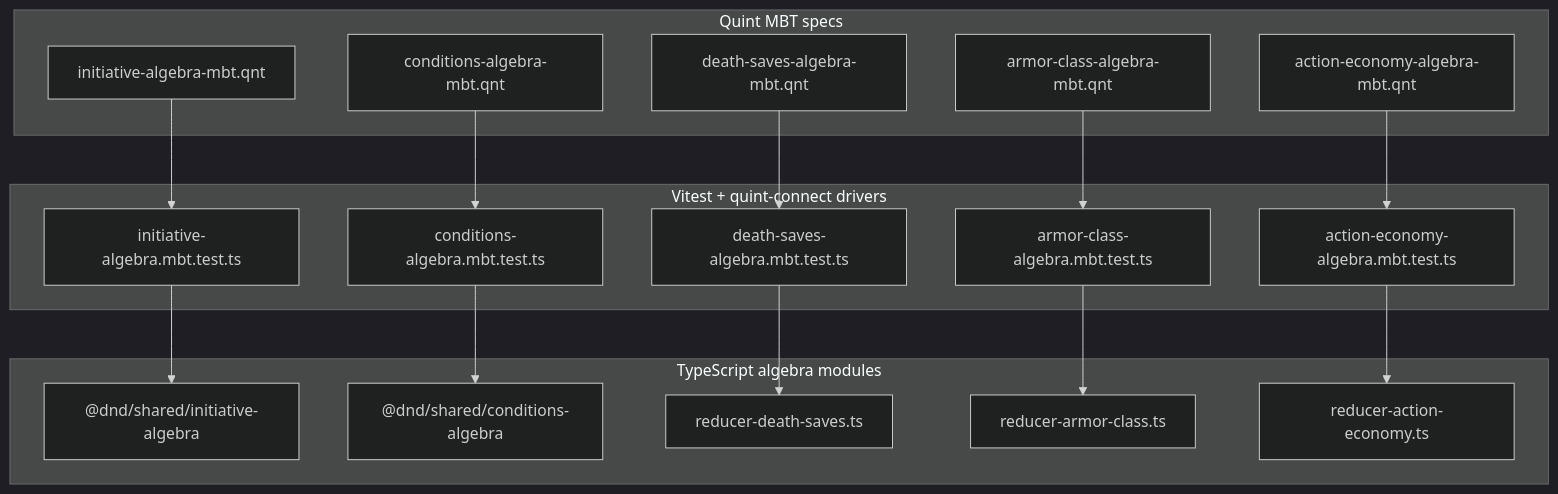
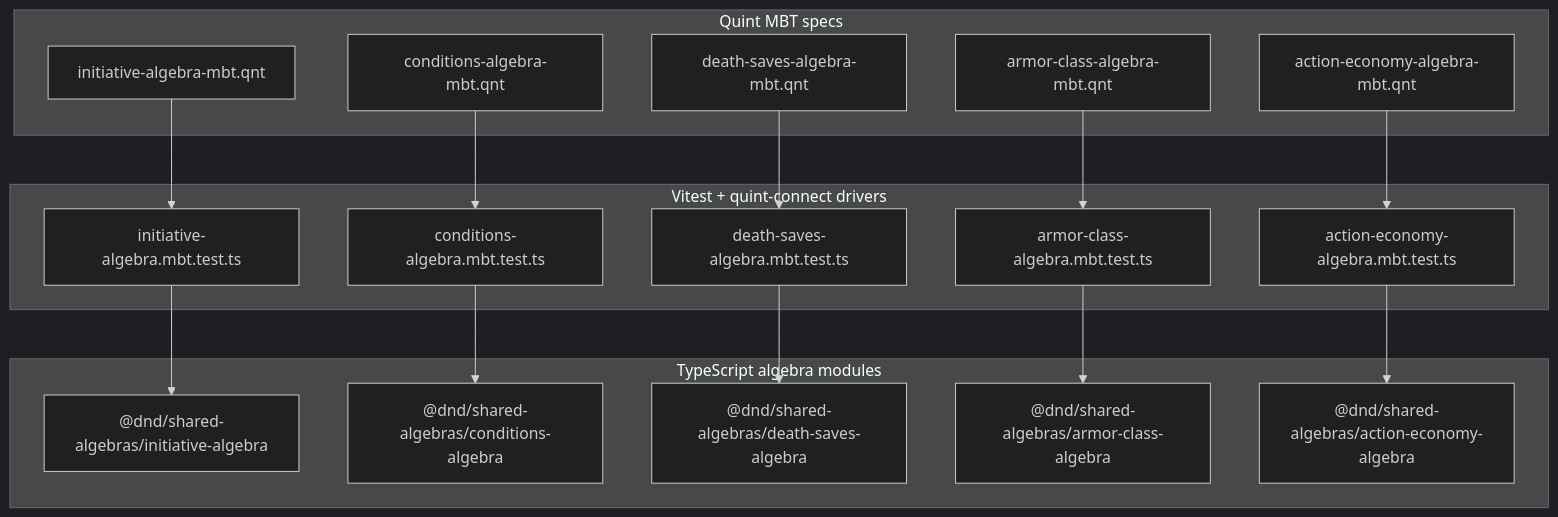
One commit to dearlordylord/5e-quint changed the first of 6 diagrams in packages/surface-runtime-correction/MBT_TO_REDUCER_GRAPH.md. Above: the diagram before and after it, drawn with Mermaid (dark theme). The commit also changed other lines of this file and 35 other files, not shown here.

````diff
--- a/packages/surface-runtime-correction/MBT_TO_REDUCER_GRAPH.md
+++ b/packages/surface-runtime-correction/MBT_TO_REDUCER_GRAPH.md
@@ -27,32 +33,32 @@
 ```mermaid
 flowchart TD
   subgraph Q["Quint MBT specs"]
     QInitiative["initiative-algebra-mbt.qnt"]
     QConditions["conditions-algebra-mbt.qnt"]
     QDeath["death-saves-algebra-mbt.qnt"]
     QArmor["armor-class-algebra-mbt.qnt"]
     QAction["action-economy-algebra-mbt.qnt"]
   end
 
   subgraph D["Vitest + quint-connect drivers"]
     DInitiative["initiative-algebra.mbt.test.ts"]
     DConditions["conditions-algebra.mbt.test.ts"]
     DDeath["death-saves-algebra.mbt.test.ts"]
     DArmor["armor-class-algebra.mbt.test.ts"]
     DAction["action-economy-algebra.mbt.test.ts"]
   end
 
   subgraph TS["TypeScript algebra modules"]
-    TSInitiative["@dnd/shared/initiative-algebra"]
-    TSConditions["@dnd/shared/conditions-algebra"]
-    TSDeath["reducer-death-saves.ts"]
-    TSArmor["reducer-armor-class.ts"]
-    TSAction["reducer-action-economy.ts"]
+    TSInitiative["@dnd/shared-algebras/initiative-algebra"]
+    TSConditions["@dnd/shared-algebras/conditions-algebra"]
+    TSDeath["@dnd/shared-algebras/death-saves-algebra"]
+    TSArmor["@dnd/shared-algebras/armor-class-algebra"]
+    TSAction["@dnd/shared-algebras/action-economy-algebra"]
   end
 
   QInitiative --> DInitiative --> TSInitiative
   QConditions --> DConditions --> TSConditions
   QDeath --> DDeath --> TSDeath
   QArmor --> DArmor --> TSArmor
   QAction --> DAction --> TSAction
 ```
````
